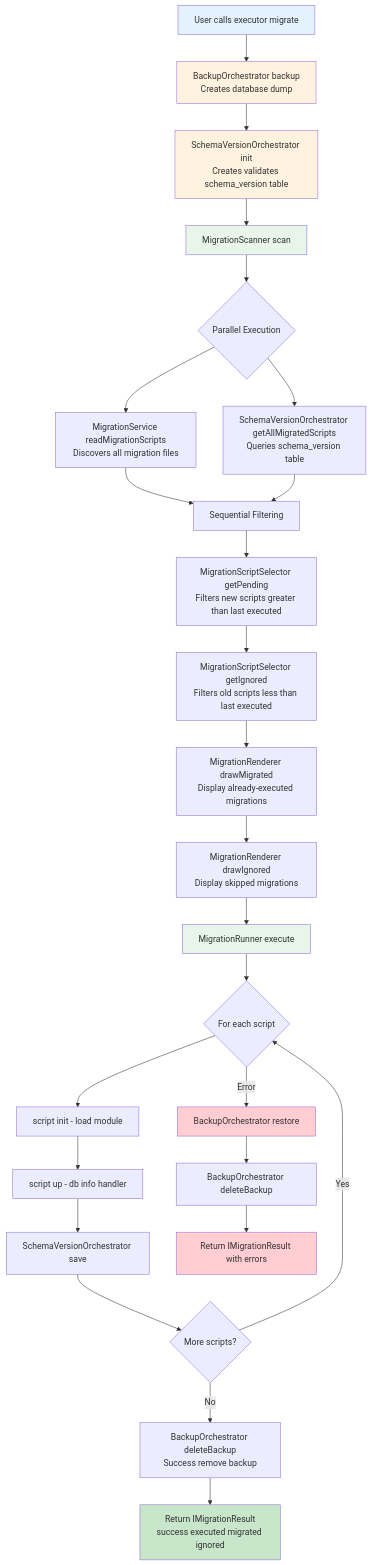
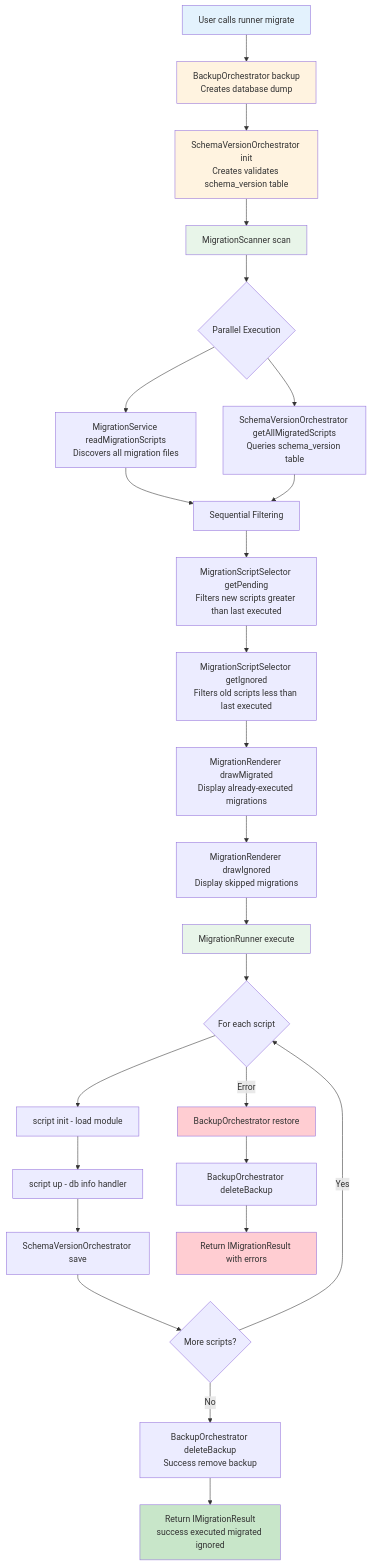
Before and after one commit to migration-script-runner/msr-core: the first of 2 diagrams in docs/development/architecture/data-flow.md, drawn with Mermaid. The commit also changed 134 other files, not shown here.

````diff
--- a/docs/development/architecture/data-flow.md
+++ b/docs/development/architecture/data-flow.md
@@ -28,43 +28,43 @@
 ```mermaid
 graph TD
-    Start[User calls executor migrate] --> Backup[BackupOrchestrator backup<br/>Creates database dump]
+    Start[User calls runner migrate] --> Backup[BackupOrchestrator backup<br/>Creates database dump]
     Backup --> Init[SchemaVersionOrchestrator init<br/>Creates validates schema_version table]
     Init --> Scan[MigrationScanner scan]
 
     Scan --> Parallel{Parallel Execution}
     Parallel --> ReadFiles[MigrationService readMigrationScripts<br/>Discovers all migration files]
     Parallel --> QueryDB[SchemaVersionOrchestrator getAllMigratedScripts<br/>Queries schema_version table]
 
     ReadFiles --> Filter[Sequential Filtering]
     QueryDB --> Filter
 
     Filter --> GetPending[MigrationScriptSelector getPending<br/>Filters new scripts greater than last executed]
     GetPending --> GetIgnored[MigrationScriptSelector getIgnored<br/>Filters old scripts less than last executed]
 
     GetIgnored --> RenderMigrated[MigrationRenderer drawMigrated<br/>Display already-executed migrations]
     RenderMigrated --> RenderIgnored[MigrationRenderer drawIgnored<br/>Display skipped migrations]
 
     RenderIgnored --> Execute[MigrationRunner execute]
     Execute --> Loop{For each script}
     Loop --> LoadModule[script init - load module]
     LoadModule --> RunUp[script up - db info handler]
     RunUp --> SaveSchema[SchemaVersionOrchestrator save]
     SaveSchema --> NextScript{More scripts?}
     NextScript -->|Yes| Loop
     NextScript -->|No| DeleteBackup
 
     DeleteBackup[BackupOrchestrator deleteBackup<br/>Success remove backup] --> Return[Return IMigrationResult<br/>success executed migrated ignored]
 
     Loop -->|Error| Restore[BackupOrchestrator restore]
     Restore --> DeleteBackupError[BackupOrchestrator deleteBackup]
     DeleteBackupError --> ReturnError[Return IMigrationResult with errors]
 
     style Start fill:#e3f2fd
     style Backup fill:#fff3e0
     style Init fill:#fff3e0
     style Scan fill:#e8f5e9
     style Execute fill:#e8f5e9
     style Return fill:#c8e6c9
     style Restore fill:#ffcdd2
     style ReturnError fill:#ffcdd2
 ```
````
